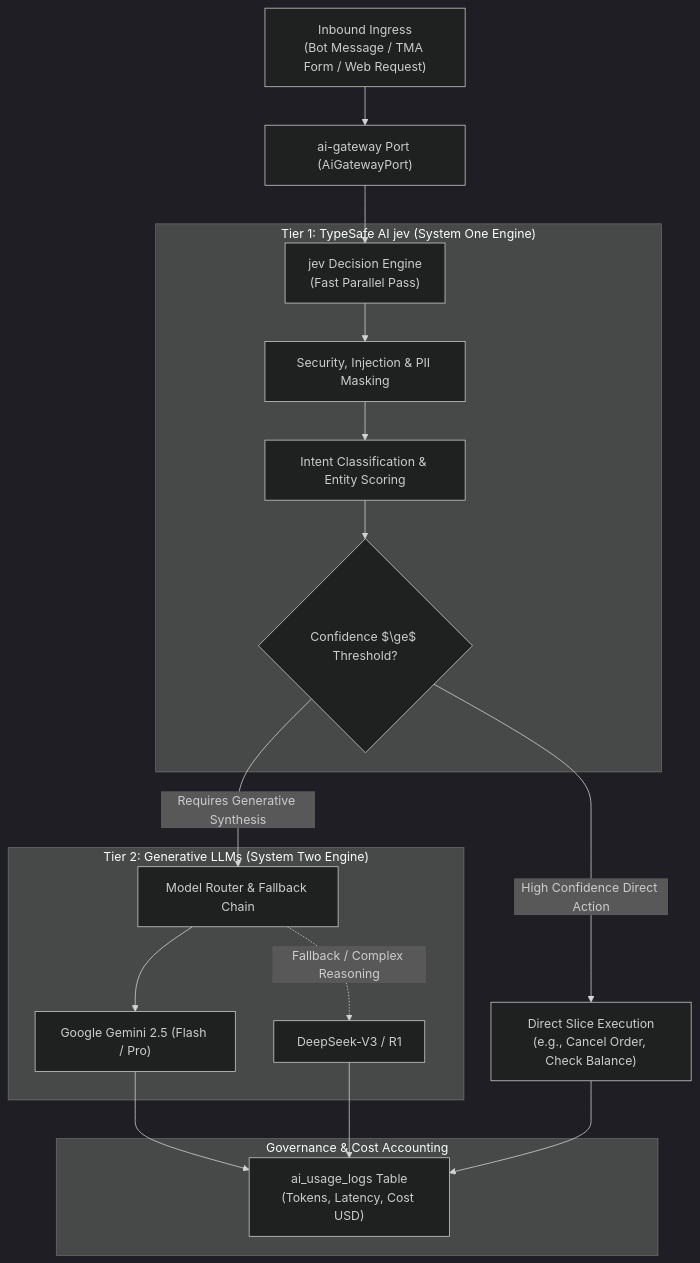
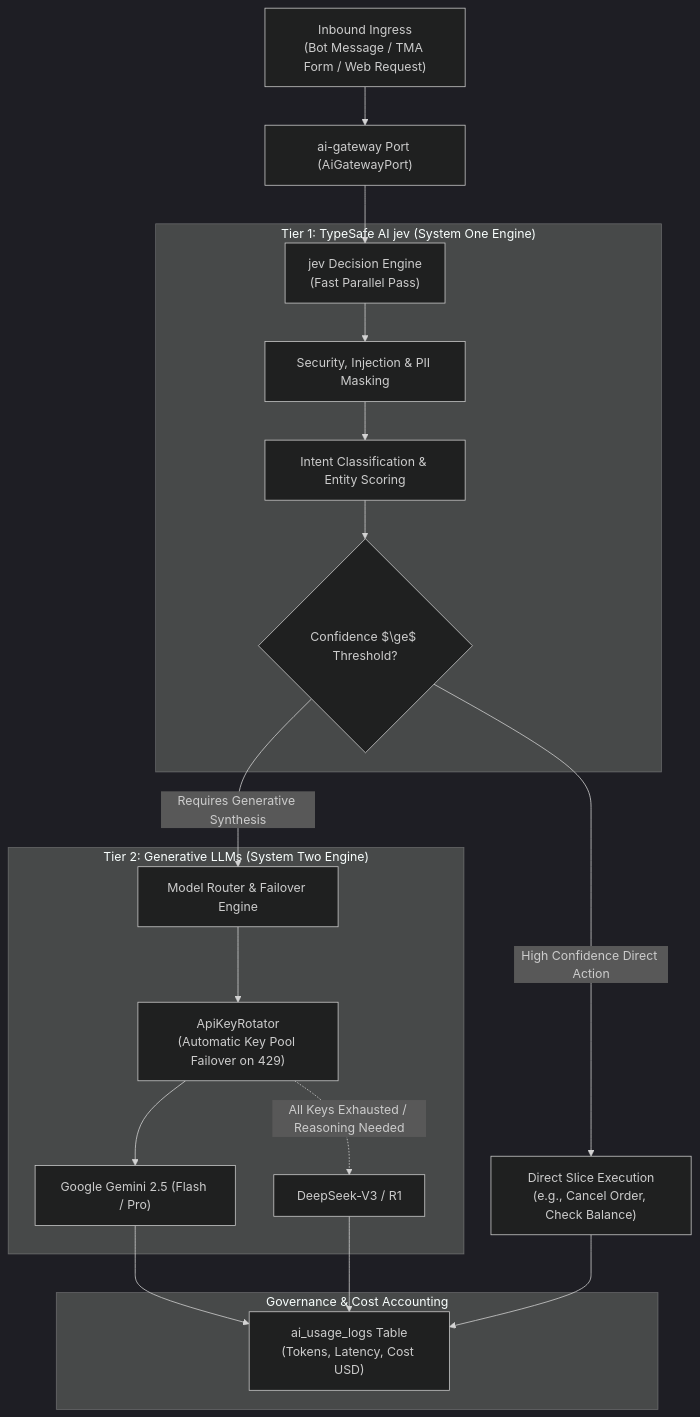
Before and after one commit to SalehOsman/Tempot: the diagram in docs/03-kernel-modules/ai-gateway.md, drawn with Mermaid (dark theme). The commit also changed other lines of this file and 2 other files, not shown here.

Commit message:
feat(ai-core): add TypeSafe AI JevClient with automatic key failover and update AI gateway docs

````diff
--- a/docs/03-kernel-modules/ai-gateway.md
+++ b/docs/03-kernel-modules/ai-gateway.md
@@ -28,36 +32,38 @@
 ```mermaid
 flowchart TD
     UserMsg["Inbound Ingress\n(Bot Message / TMA Form / Web Request)"] --> Gateway["ai-gateway Port (AiGatewayPort)"]
     
     subgraph SystemOne ["Tier 1: TypeSafe AI jev (System One Engine)"]
         JevEngine["jev Decision Engine\n(Fast Parallel Pass)"]
+        JevGuard["Security, Injection & PII Masking"]
         JevIntent["Intent Classification & Entity Scoring"]
-        JevGuard["Security, Injection & PII Masking"]
         JevConfidence{"Confidence $\ge$ Threshold?"}
     end
 
     subgraph SystemTwo ["Tier 2: Generative LLMs (System Two Engine)"]
-        Router["Model Router & Fallback Chain"]
+        Router["Model Router & Failover Engine"]
+        Rotator["ApiKeyRotator\n(Automatic Key Pool Failover on 429)"]
         Gemini["Google Gemini 2.5 (Flash / Pro)"]
         DeepSeek["DeepSeek-V3 / R1"]
     end
 
     subgraph Accounting ["Governance & Cost Accounting"]
         UsageLogger["ai_usage_logs Table\n(Tokens, Latency, Cost USD)"]
     end
 
     Gateway --> JevEngine
     JevEngine --> JevGuard
     JevGuard --> JevIntent
     JevIntent --> JevConfidence
 
     JevConfidence -->|"High Confidence Direct Action"| SliceAction["Direct Slice Execution\n(e.g., Cancel Order, Check Balance)"]
     JevConfidence -->|"Requires Generative Synthesis"| Router
 
-    Router --> Gemini
-    Router -.->|"Fallback / Complex Reasoning"| DeepSeek
+    Router --> Rotator
+    Rotator --> Gemini
+    Rotator -.->|"All Keys Exhausted / Reasoning Needed"| DeepSeek
 
     Gemini --> UsageLogger
     DeepSeek --> UsageLogger
     SliceAction --> UsageLogger
 ```
````
